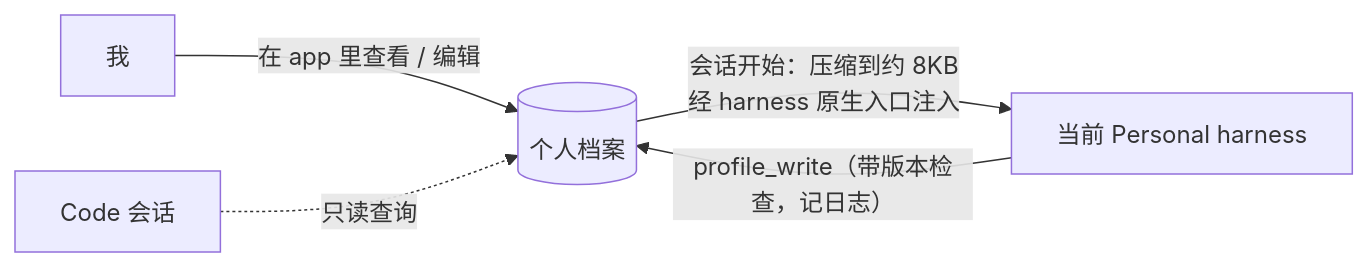
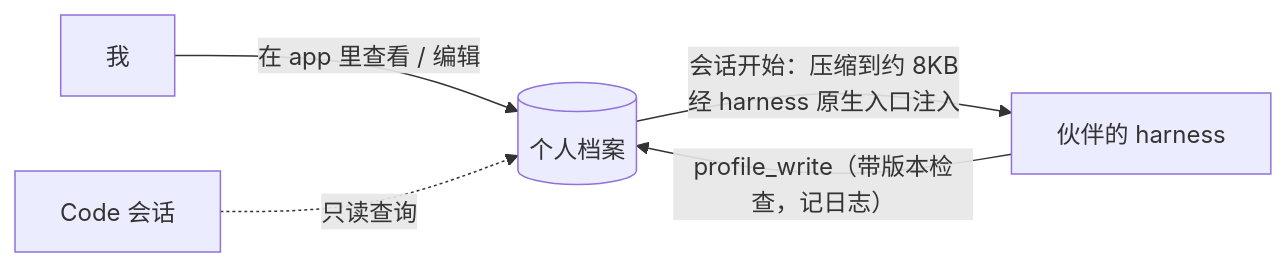
Before and after one commit to yangflow/hoplet: the second of 4 diagrams in docs/design/0010-personal-mode.md, drawn with Mermaid. The commit also changed other lines of this file and 5 other files, not shown here.

````diff
--- a/docs/design/0010-personal-mode.md
+++ b/docs/design/0010-personal-mode.md
@@ -29,7 +41,7 @@
 ```mermaid
 flowchart LR
-    Prof[("个人档案")] -- "会话开始：压缩到约 8KB<br/>经 harness 原生入口注入" --> H["当前 Personal harness"]
+    Prof[("个人档案")] -- "会话开始：压缩到约 8KB<br/>经 harness 原生入口注入" --> H["伙伴的 harness"]
     H -- "profile_write（带版本检查，记日志）" --> Prof
     Me["我"] -- "在 app 里查看 / 编辑" --> Prof
     C["Code 会话"] -. 只读查询 .-> Prof
 ```
````
